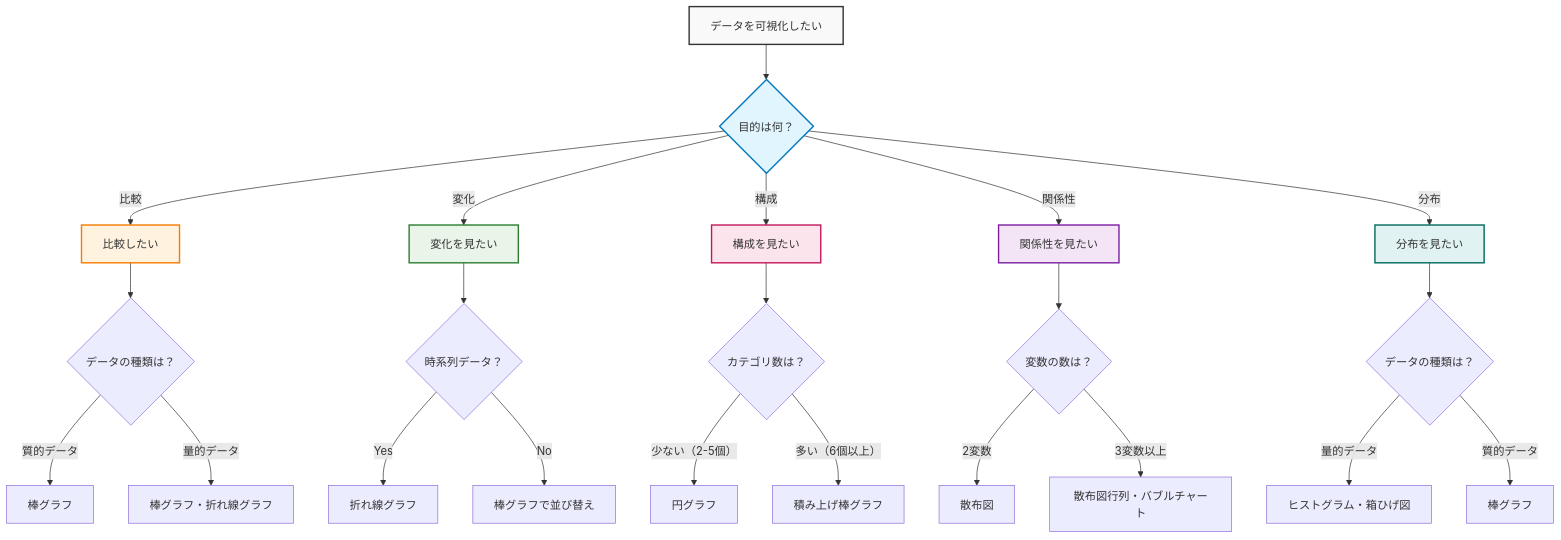
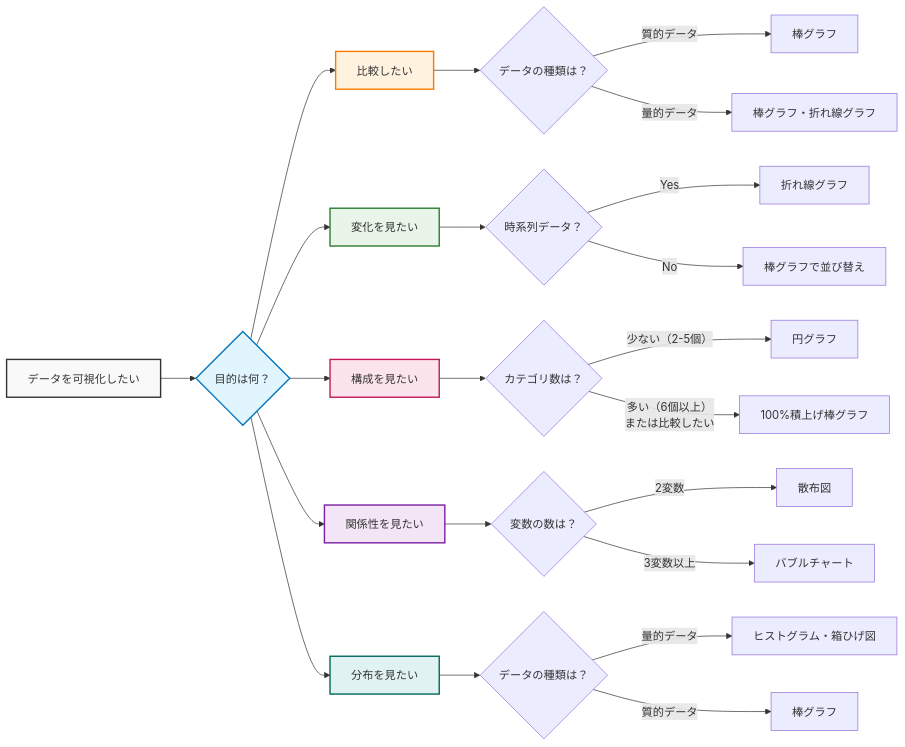
One commit to lcp-business-SRE/data-analytics-knowledge-base changed the second of 2 diagrams in data-analytics-guides/docs/data-analysis/fundamentals/fundamentals-of-data-visualization/introduction/how-to-choose-the-best-graph.md. Above: the diagram before and after it, drawn with Mermaid. The commit also changed other lines of this file, not shown here.

Commit message:
フローチャート向き変更

````diff
--- a/data-analytics-guides/docs/data-analysis/fundamentals/fundamentals-of-data-visualization/introduction/how-to-choose-the-best-graph.md
+++ b/data-analytics-guides/docs/data-analysis/fundamentals/fundamentals-of-data-visualization/introduction/how-to-choose-the-best-graph.md
@@ -176,38 +176,37 @@
 ```mermaid
-graph TD
+graph LR
     Start[データを可視化したい] --> Purpose{目的は何？}
     
-    Purpose -->|比較| Compare[比較したい]
-    Purpose -->|変化| Change[変化を見たい]
-    Purpose -->|構成| Composition[構成を見たい]
-    Purpose -->|関係性| Relation[関係性を見たい]
-    Purpose -->|分布| Distribution[分布を見たい]
-    
+    Purpose --> Compare[比較したい]
     Compare --> CompareData{データの種類は？}
     CompareData -->|質的データ| BarChart[棒グラフ]
     CompareData -->|量的データ| BarChart2[棒グラフ・折れ線グラフ]
     
+    Purpose --> Change[変化を見たい]
     Change --> ChangeData{時系列データ？}
     ChangeData -->|Yes| LineChart[折れ線グラフ]
     ChangeData -->|No| BarChart3[棒グラフで並び替え]
     
+    Purpose --> Composition[構成を見たい]
     Composition --> CompData{カテゴリ数は？}
     CompData -->|少ない（2-5個）| PieChart[円グラフ]
-    CompData -->|多い（6個以上）| StackedBar[積み上げ棒グラフ]
+    CompData -->|多い（6個以上）<br>または比較したい| StackedBar[100%積上げ棒グラフ]
     
+    Purpose --> Relation[関係性を見たい]
     Relation --> RelData{変数の数は？}
     RelData -->|2変数| Scatter[散布図]
-    RelData -->|3変数以上| ScatterMatrix[散布図行列・バブルチャート]
+    RelData -->|3変数以上| ScatterMatrix[バブルチャート]
     
+    Purpose --> Distribution[分布を見たい]
     Distribution --> DistData{データの種類は？}
     DistData -->|量的データ| Histogram[ヒストグラム・箱ひげ図]
     DistData -->|質的データ| BarChart4[棒グラフ]
     
     style Start fill:#f9f9f9,stroke:#333,stroke-width:2px
     style Purpose fill:#e1f5fe,stroke:#0277bd,stroke-width:2px
     style Compare fill:#fff3e0,stroke:#f57c00,stroke-width:2px
     style Change fill:#e8f5e8,stroke:#2e7d32,stroke-width:2px
     style Composition fill:#fce4ec,stroke:#c2185b,stroke-width:2px
     style Relation fill:#f3e5f5,stroke:#7b1fa2,stroke-width:2px
     style Distribution fill:#e0f2f1,stroke:#00695c,stroke-width:2px
 ```
````
